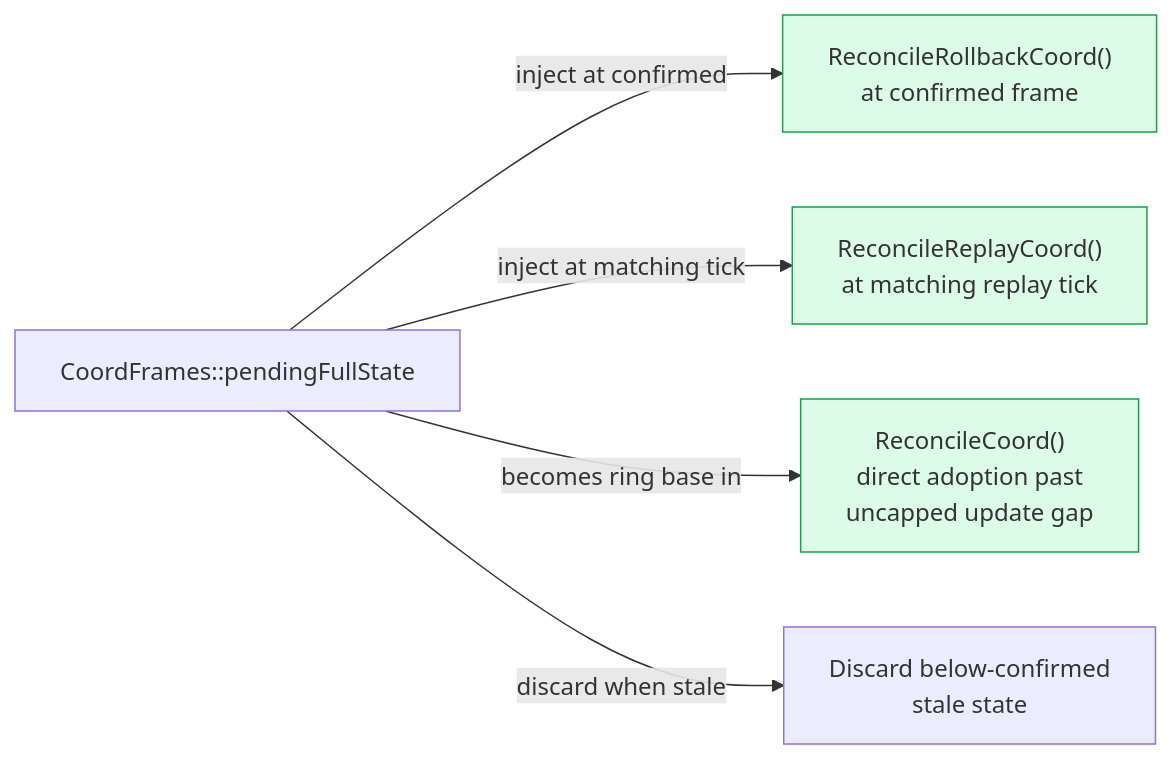
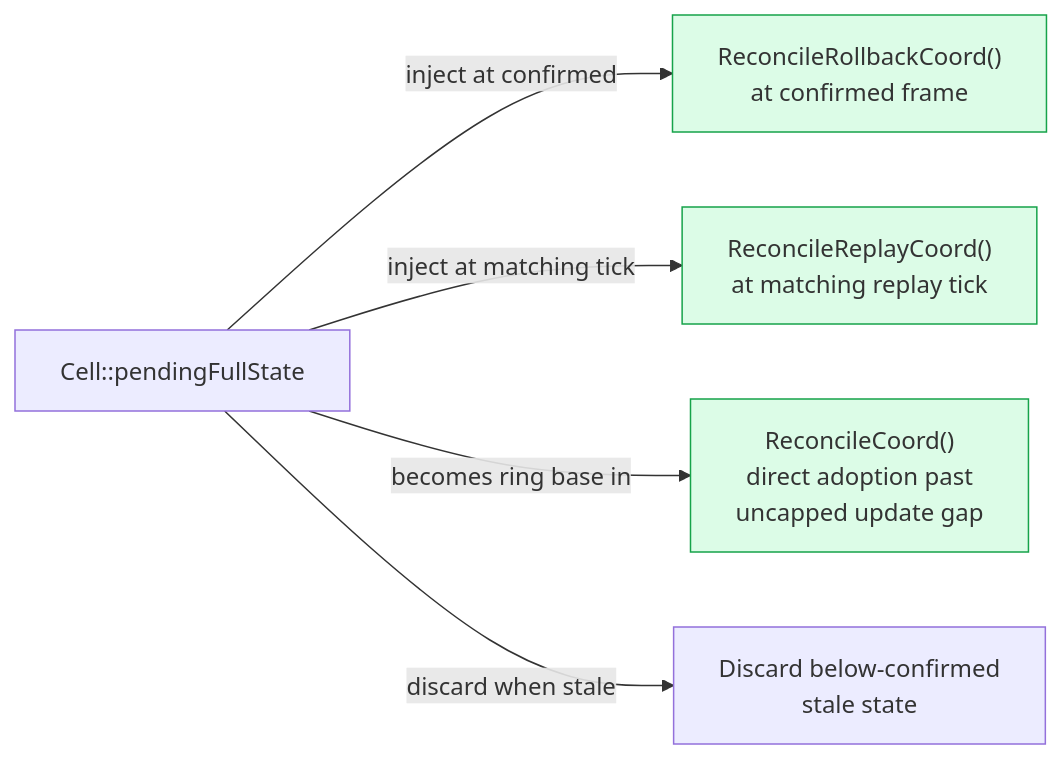
The second of 5 diagrams in Documents/Architecture/GameReconciliation.md (DougTanner/BrokenEngine), drawn with Mermaid before and after one commit. The commit also changed other lines of this file and 132 other files, not shown here.

````diff
--- a/Documents/Architecture/GameReconciliation.md
+++ b/Documents/Architecture/GameReconciliation.md
@@ -68,17 +68,17 @@
 ```mermaid
 %%{init: {'theme': 'default'}}%%
 flowchart LR
     classDef injection fill:#dcfce7,stroke:#16a34a
 
-    PFS["CoordFrames::pendingFullState"]
+    PFS["Cell::pendingFullState"]
 
     PRE["ReconcileRollbackCoord()<br/>at confirmed frame"]:::injection
     MAIN["ReconcileReplayCoord()<br/>at matching replay tick"]:::injection
     GAP["ReconcileCoord()<br/>direct adoption past<br/>uncapped update gap"]:::injection
     STALE["Discard below-confirmed<br/>stale state"]
 
     PFS -->|"inject at confirmed"| PRE
     PFS -->|"inject at matching tick"| MAIN
     PFS -->|"becomes ring base in"| GAP
     PFS -->|"discard when stale"| STALE
 ```
````
